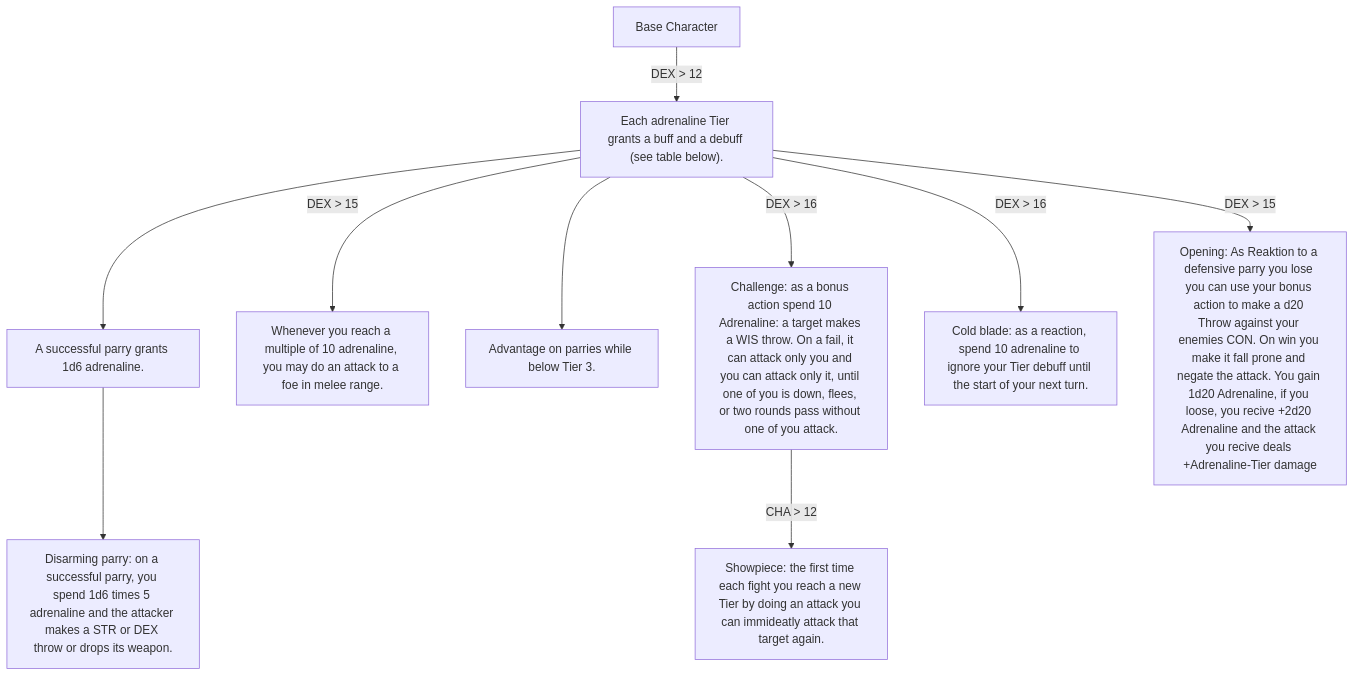
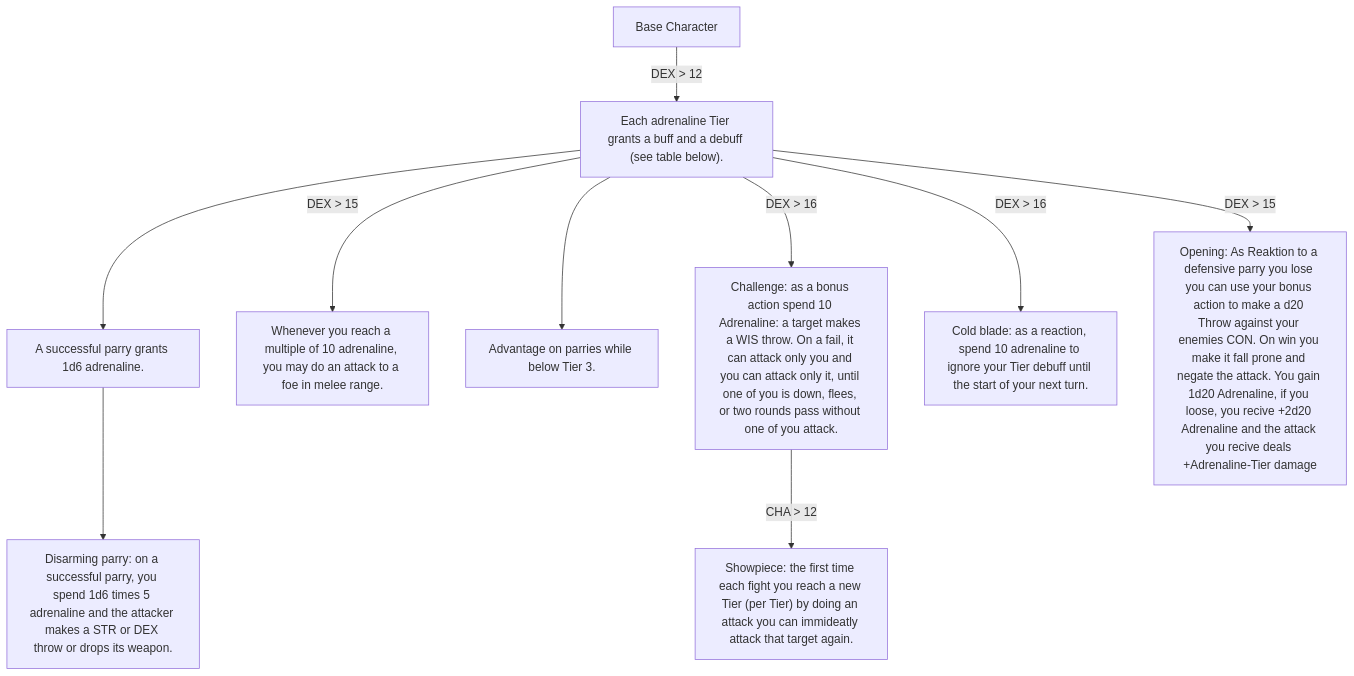
Diagram 17 of 37 in Homebrew/Classes and Races/Classes/Class-Handbook.md (WiIdNeo/DnD-RealismHomeBrew), drawn with Mermaid before and after one commit. The commit also changed other lines of this file and 9 other files, not shown here.

````diff
--- a/Homebrew/Classes and Races/Classes/Class-Handbook.md
+++ b/Homebrew/Classes and Races/Classes/Class-Handbook.md
@@ -534,25 +557,25 @@
 ```mermaid
 flowchart TD
 
 A[Base Character]
 
 1["Each adrenaline Tier grants a buff and a debuff (see table below)."]
 2["A successful parry grants 1d6 adrenaline."]
 3["Whenever you reach a multiple of 10 adrenaline, you may do an attack to a foe in melee range."]
 4["Advantage on parries while below Tier 3."]
 5["Disarming parry: on a successful parry, you spend 1d6 times 5 adrenaline and the attacker makes a STR or DEX throw or drops its weapon."]
 7["Challenge: as a bonus action spend 10 Adrenaline: a target makes a WIS throw. On a fail, it can attack only you and you can attack only it, until one of you is down, flees, or two rounds pass without one of you attack."]
 13["Cold blade: as a reaction, spend 10 adrenaline to ignore your Tier debuff until the start of your next turn."]
 14["Opening: As Reaktion to a defensive parry you lose you can use your bonus action to make a d20 Throw against your enemies CON. On win you make it fall prone and negate the attack. You gain 1d20 Adrenaline, if you loose, you recive +2d20 Adrenaline and the attack you recive deals +Adrenaline-Tier damage"]
-15["Showpiece: the first time each fight you reach a new Tier by doing an attack you can immideatly attack that target again."]
+15["Showpiece: the first time each fight you reach a new Tier (per Tier) by doing an attack you can immideatly attack that target again."]
 
 A -->|DEX > 12|1
 1 --> 2
 1 -->|DEX > 15|3
 1 --> 4
 2 --> 5
 1 -->|DEX > 16|7
 1 -->|DEX > 16|13
 1 -->|DEX > 15|14
 7 -->|CHA > 12|15
 ```
````
